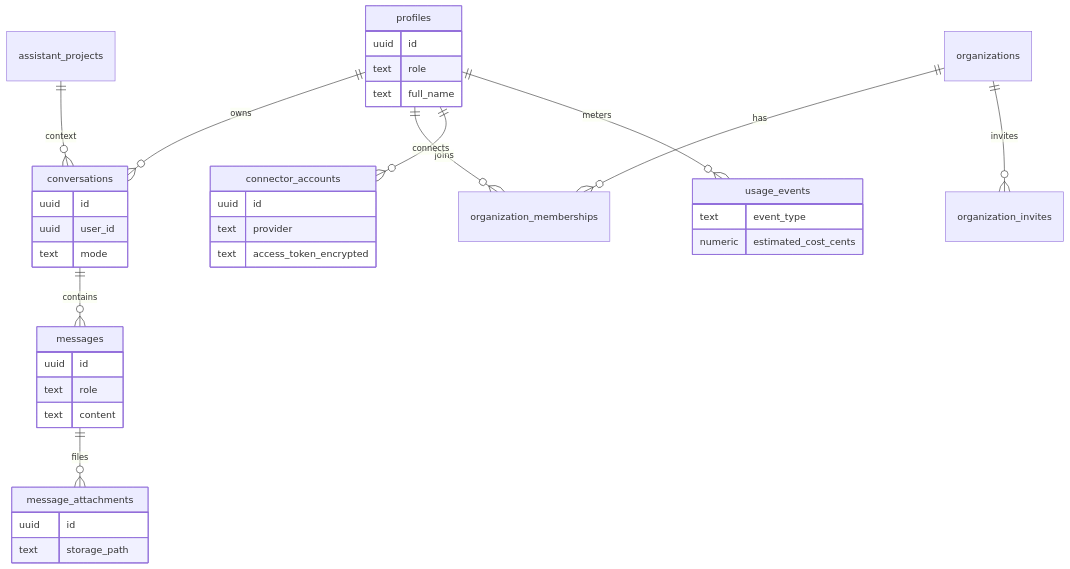
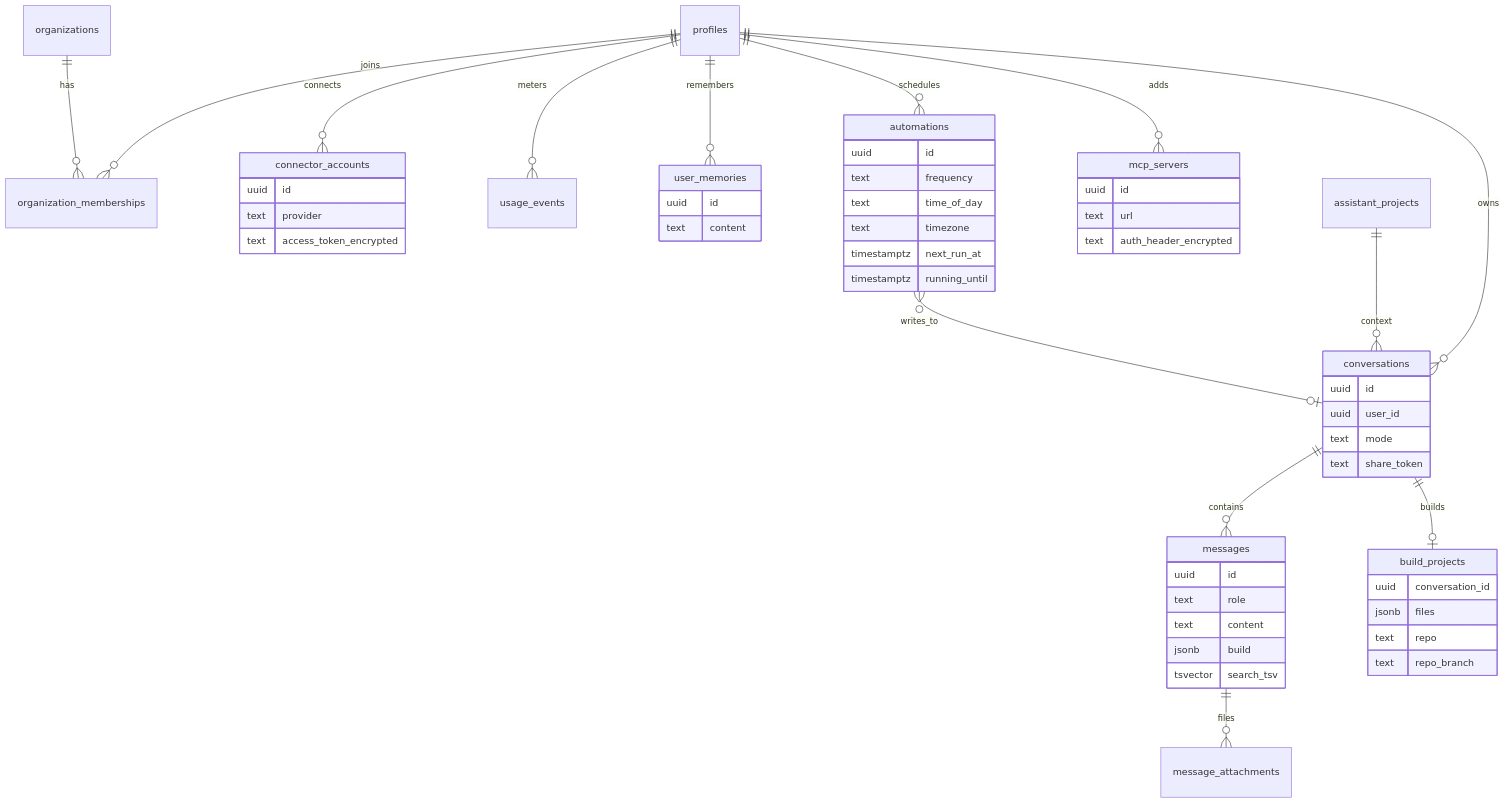
The diagram in docs/diagrams/08-data-model.mmd (billionairestechnologies/Friday-ai), drawn with Mermaid before and after one commit. The commit also changed 44 other files, not shown here.

First line of the commit message:
Update diagrams, docs and add CLAUDE.md project memory for the agent-platform upgrade

```diff
--- a/docs/diagrams/08-data-model.mmd
+++ b/docs/diagrams/08-data-model.mmd
@@ -1,39 +1,56 @@
 erDiagram
   profiles ||--o{ conversations : owns
   profiles ||--o{ organization_memberships : joins
   profiles ||--o{ connector_accounts : connects
   profiles ||--o{ usage_events : meters
+  profiles ||--o{ user_memories : remembers
+  profiles ||--o{ automations : schedules
+  profiles ||--o{ mcp_servers : adds
   organizations ||--o{ organization_memberships : has
-  organizations ||--o{ organization_invites : invites
   conversations ||--o{ messages : contains
+  conversations ||--o| build_projects : builds
   messages ||--o{ message_attachments : files
   assistant_projects ||--o{ conversations : context
+  automations }o--o| conversations : writes_to
 
-  profiles {
-    uuid id
-    text role
-    text full_name
-  }
   conversations {
     uuid id
     uuid user_id
     text mode
+    text share_token
   }
   messages {
     uuid id
     text role
     text content
+    jsonb build
+    tsvector search_tsv
   }
-  message_attachments {
+  user_memories {
     uuid id
-    text storage_path
+    text content
+  }
+  automations {
+    uuid id
+    text frequency
+    text time_of_day
+    text timezone
+    timestamptz next_run_at
+    timestamptz running_until
+  }
+  build_projects {
+    uuid conversation_id
+    jsonb files
+    text repo
+    text repo_branch
+  }
+  mcp_servers {
+    uuid id
+    text url
+    text auth_header_encrypted
   }
   connector_accounts {
     uuid id
     text provider
     text access_token_encrypted
   }
-  usage_events {
-    text event_type
-    numeric estimated_cost_cents
-  }
```
